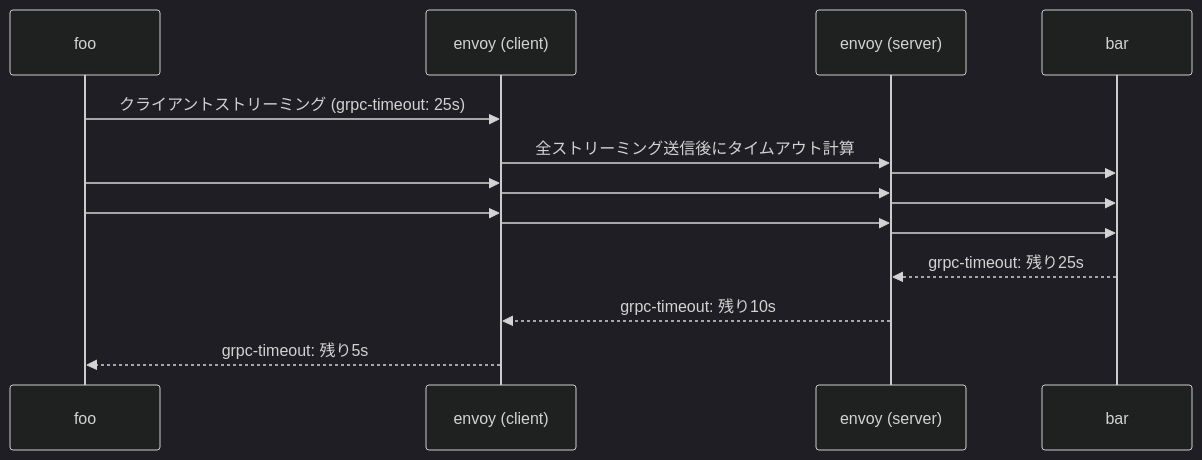
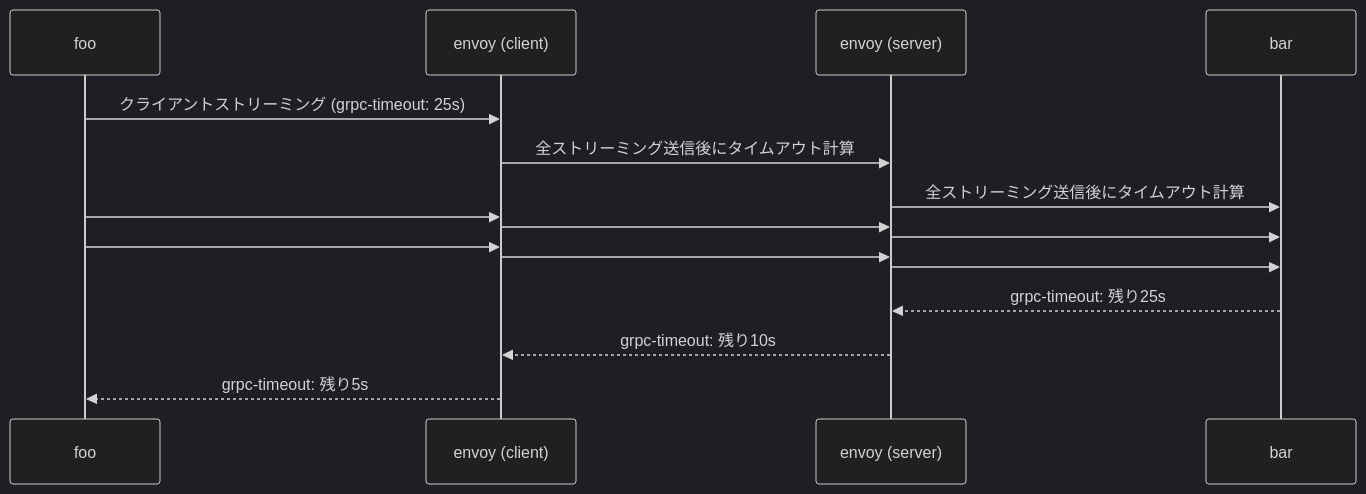
The first of 2 diagrams in docs/software/software_middleware_service_mesh_envoy_envoy_yaml.md (hiroki-it/tech-notebook), drawn with Mermaid (dark theme) before and after one commit. The commit also changed other lines of this file, not shown here.

````diff
--- a/docs/software/software_middleware_service_mesh_envoy_envoy_yaml.md
+++ b/docs/software/software_middleware_service_mesh_envoy_envoy_yaml.md
@@ -343,21 +343,21 @@
 ```mermaid
 sequenceDiagram
 
     foo->>envoy (client): クライアントストリーミング (grpc-timeout: 25s)
     envoy (client)->>envoy (server): 全ストリーミング送信後にタイムアウト計算
-    envoy (server)->>bar:
+    envoy (server)->>bar: 全ストリーミング送信後にタイムアウト計算
 
     foo->>envoy (client):
     envoy (client)->>envoy (server):
     envoy (server)->>bar:
 
     foo->>envoy (client):
     envoy (client)->>envoy (server):
     envoy (server)->>bar:
 
     bar-->>envoy (server): grpc-timeout: 残り25s
 
     envoy (server)-->>envoy (client): grpc-timeout: 残り10s
 
     envoy (client)-->>foo: grpc-timeout: 残り5s
 ```
````
